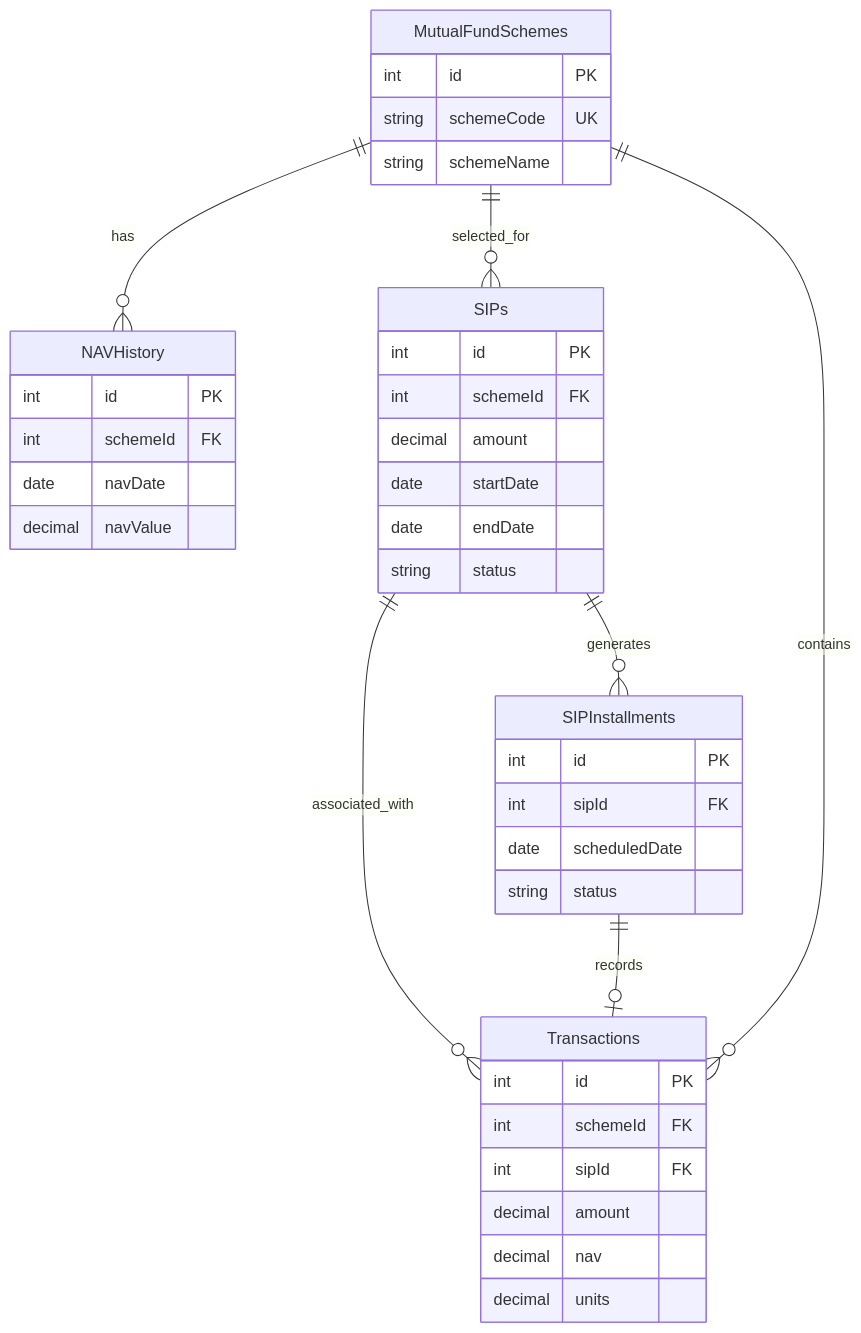
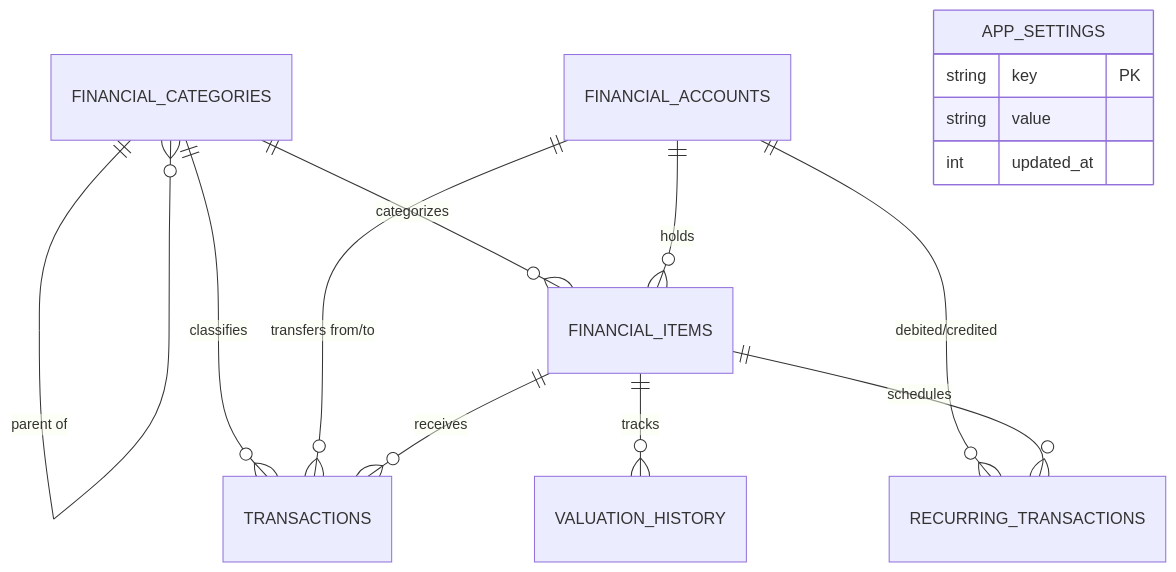
Before and after one commit to AmruthLP12/fin-balance: the diagram in docs/essential-architecture.md, drawn with Mermaid. The commit also changed other lines of this file and 34 other files, not shown here.

````diff
--- a/docs/essential-architecture.md
+++ b/docs/essential-architecture.md
@@ -156,47 +32,17 @@
 ```mermaid
 erDiagram
-    MutualFundSchemes ||--o{ NAVHistory : has
-    MutualFundSchemes ||--o{ SIPs : selected_for
-    SIPs ||--o{ SIPInstallments : generates
-    SIPs ||--o{ Transactions : associated_with
-    SIPInstallments ||--o| Transactions : records
-    MutualFundSchemes ||--o{ Transactions : contains
-
-    MutualFundSchemes {
-        int id PK
-        string schemeCode UK
-        string schemeName
-    }
-
-    NAVHistory {
-        int id PK
-        int schemeId FK
-        date navDate
-        decimal navValue
-    }
-
-    SIPs {
-        int id PK
-        int schemeId FK
-        decimal amount
-        date startDate
-        date endDate
-        string status
-    }
-
-    SIPInstallments {
-        int id PK
-        int sipId FK
-        date scheduledDate
-        string status
-    }
-
-    Transactions {
-        int id PK
-        int schemeId FK
-        int sipId FK
-        decimal amount
-        decimal nav
-        decimal units
+    FINANCIAL_CATEGORIES ||--o{ FINANCIAL_CATEGORIES : "parent of"
+    FINANCIAL_CATEGORIES ||--o{ FINANCIAL_ITEMS : "categorizes"
+    FINANCIAL_CATEGORIES ||--o{ TRANSACTIONS : "classifies"
+    FINANCIAL_ACCOUNTS ||--o{ FINANCIAL_ITEMS : "holds"
+    FINANCIAL_ACCOUNTS ||--o{ TRANSACTIONS : "transfers from/to"
+    FINANCIAL_ACCOUNTS ||--o{ RECURRING_TRANSACTIONS : "debited/credited"
+    FINANCIAL_ITEMS ||--o{ TRANSACTIONS : "receives"
+    FINANCIAL_ITEMS ||--o{ VALUATION_HISTORY : "tracks"
+    FINANCIAL_ITEMS ||--o{ RECURRING_TRANSACTIONS : "schedules"
+    APP_SETTINGS {
+        string key PK
+        string value
+        int updated_at
     }
 ```
````
